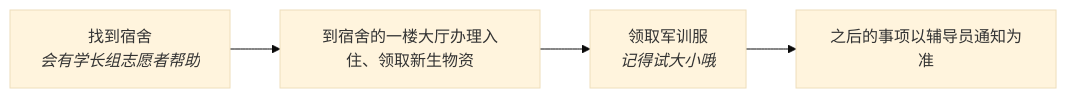
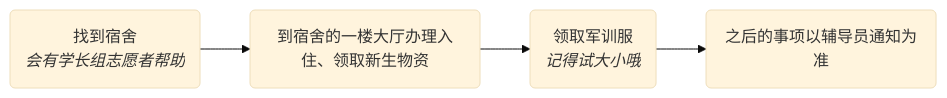
The diagram in docs/Enroll/Orientation.md (ZJU-EnginPilot/Kickstart2024), drawn with Mermaid (base theme) before and after one commit. The commit also changed other lines of this file and 17 other files, not shown here.

````diff
--- a/docs/Enroll/Orientation.md
+++ b/docs/Enroll/Orientation.md
@@ -40,6 +40,6 @@
 ```mermaid
 graph LR
-    A[找到宿舍<br><i>会有学长组志愿者帮助</i>] --> B[到宿舍的一楼大厅办理入住、领取新生物资]
-    B --> C[领取军训服<br><i>记得试大小哦</i>]
-    C --> D[之后的事项以辅导员通知为准]
+    A(找到宿舍<br><i>会有学长组志愿者帮助</i>) --> B(到宿舍的一楼大厅办理入住、领取新生物资)
+    B --> C(领取军训服<br><i>记得试大小哦</i>)
+    C --> D(之后的事项以辅导员通知为准)
 ```
````
